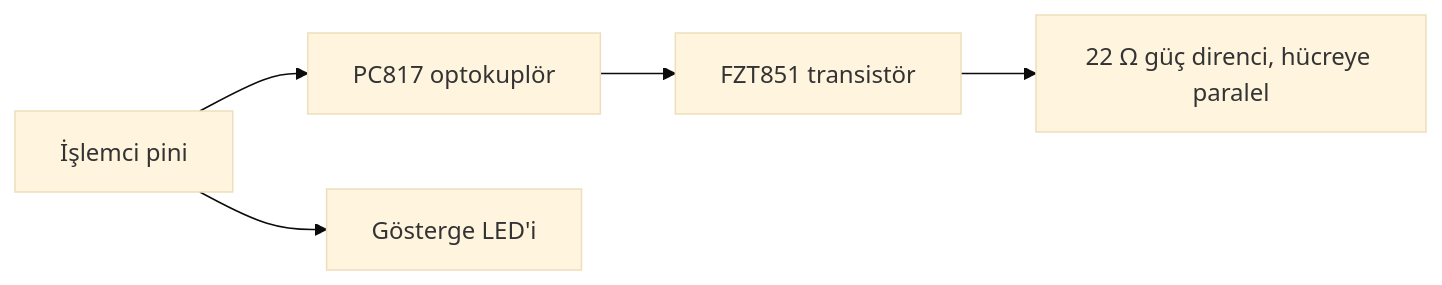
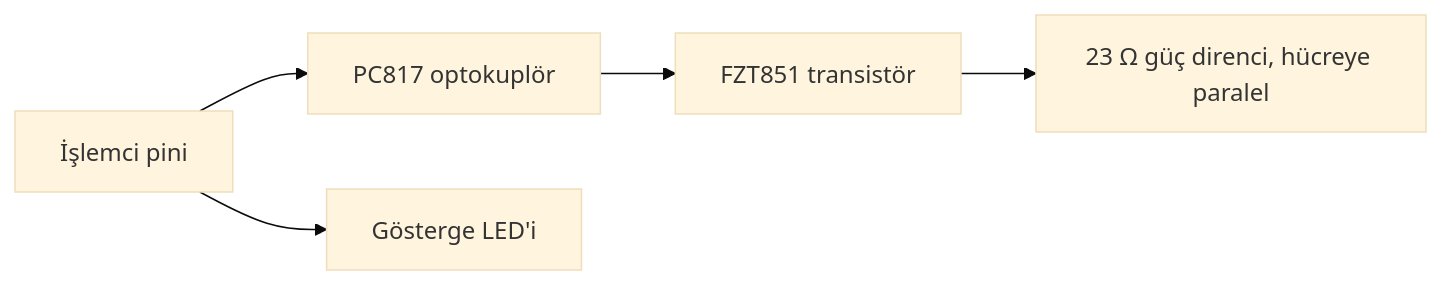
The fifth of 6 diagrams in README.tr.md (meyubcan/stm32-4s-bms-home-automation), drawn with Mermaid (base theme) before and after one commit. The commit also changed other lines of this file and 6 other files, not shown here.

````diff
--- a/README.tr.md
+++ b/README.tr.md
@@ -138,5 +149,5 @@
 ```mermaid
 flowchart LR
-    P[İşlemci pini] --> OK[PC817 optokuplör] --> T[FZT851 transistör] --> R[22 Ω güç direnci, hücreye paralel]
+    P[İşlemci pini] --> OK[PC817 optokuplör] --> T[FZT851 transistör] --> R[23 Ω güç direnci, hücreye paralel]
     P --> LED[Gösterge LED'i]
 ```
````
